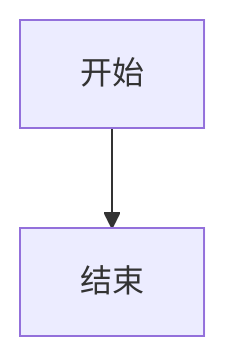
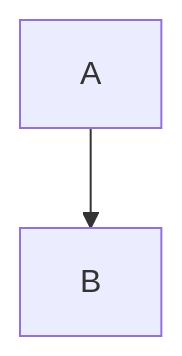
The diagram in README.md (TheodoreHu3d/mdt-copilot-skill-pack), drawn with Mermaid before and after one commit. The commit also changed other lines of this file, not shown here.

````diff
--- a/README.md
+++ b/README.md
@@ -40,4 +89,4 @@
 ```mermaid
 flowchart TD
-    A[开始] --> B[结束]
+A --> B
 ```
````
